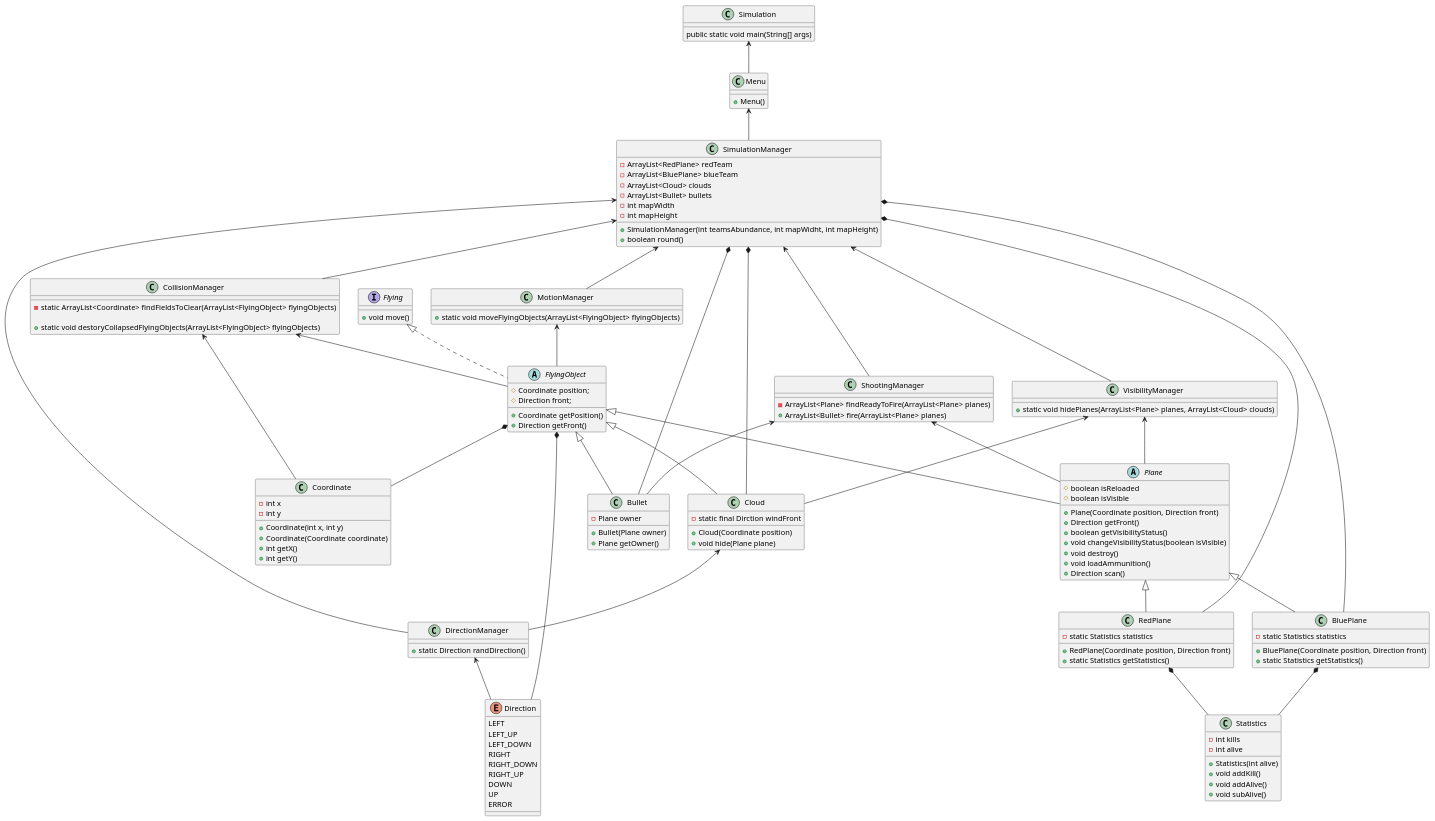
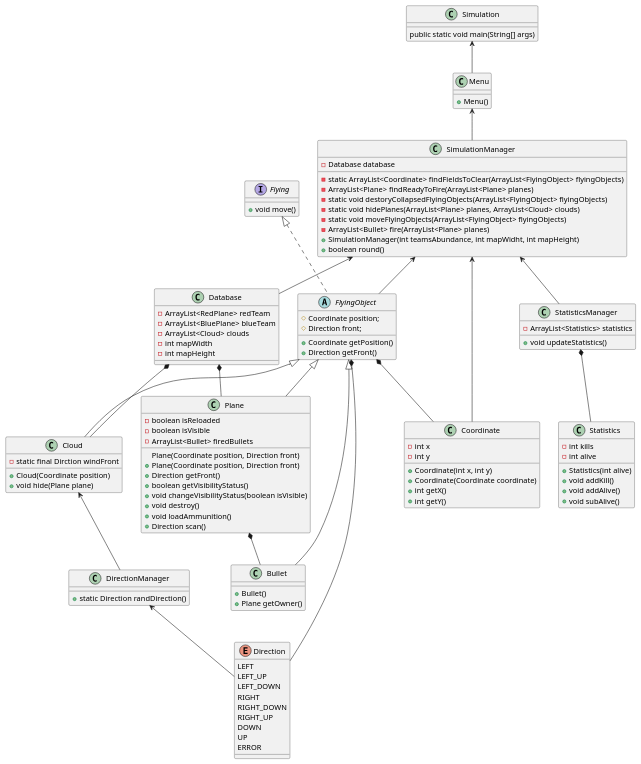
One commit to Piek4rz/Simulation changed the diagram in ClassDiagram/ClassDiagram.plantuml. Above: the diagram before and after it, drawn with PlantUML. The commit also changed 4 other files, not shown here.

Commit message:
Deleting classdiagram

```diff
--- a/ClassDiagram/ClassDiagram.plantuml
+++ b/ClassDiagram/ClassDiagram.plantuml
@@ -1,163 +1,146 @@
 @startuml Simlation Class Diagram
 class Simulation
 {
     public static void main(String[] args)
 }
-abstract Plane
+
+class Database
 {
-    # boolean isReloaded
-    # boolean isVisible
+    - ArrayList<RedPlane> redTeam
+    - ArrayList<BluePlane> blueTeam
+    - ArrayList<Cloud> clouds
+    - int mapWidth
+    - int mapHeight
+}
 
+class Plane
+{
+    - boolean isReloaded
+    - boolean isVisible
+    - ArrayList<Bullet> firedBullets
+
+    Plane(Coordinate position, Direction front)
     + Plane(Coordinate position, Direction front)
     + Direction getFront()
     + boolean getVisibilityStatus()
     + void changeVisibilityStatus(boolean isVisible)
     + void destroy()
     + void loadAmmunition()
     + Direction scan()
 }
+
 interface Flying
 {
     + void move()
 }
+
 abstract FlyingObject
 {
     # Coordinate position;
     # Direction front;
 
     + Coordinate getPosition()
     + Direction getFront()
 }
+
 class Cloud
 {
     - static final Dirction windFront
     
     + Cloud(Coordinate position)
     + void hide(Plane plane)
 }
+
 class Bullet
 {
-    - Plane owner
-    + Bullet(Plane owner)
+    + Bullet()
     + Plane getOwner()
 }
-class RedPlane
-{
-    - static Statistics statistics
 
-    + RedPlane(Coordinate position, Direction front)
-    + static Statistics getStatistics()
-}
-class BluePlane
-{
-
-    - static Statistics statistics
-
-    + BluePlane(Coordinate position, Direction front)
-    + static Statistics getStatistics()
-}
-class CollisionManager
-{
-    - static ArrayList<Coordinate> findFieldsToClear(ArrayList<FlyingObject> flyingObjects)
-
-    + static void destoryCollapsedFlyingObjects(ArrayList<FlyingObject> flyingObjects)
-
-}
 class DirectionManager
 {
     + static Direction randDirection()
 }
-class MotionManager
-{
-    + static void moveFlyingObjects(ArrayList<FlyingObject> flyingObjects)
-}
-class ShootingManager
-{
-    - ArrayList<Plane> findReadyToFire(ArrayList<Plane> planes)
-    + ArrayList<Bullet> fire(ArrayList<Plane> planes)
-}
+
 class SimulationManager
 {
-    - ArrayList<RedPlane> redTeam
-    - ArrayList<BluePlane> blueTeam
-    - ArrayList<Cloud> clouds
-    - ArrayList<Bullet> bullets
-    - int mapWidth
-    - int mapHeight
-
+    - Database database
+    - static ArrayList<Coordinate> findFieldsToClear(ArrayList<FlyingObject> flyingObjects)
+    - ArrayList<Plane> findReadyToFire(ArrayList<Plane> planes)
+    - static void destoryCollapsedFlyingObjects(ArrayList<FlyingObject> flyingObjects)
+    - static void hidePlanes(ArrayList<Plane> planes, ArrayList<Cloud> clouds)
+    - static void moveFlyingObjects(ArrayList<FlyingObject> flyingObjects)
+    - ArrayList<Bullet> fire(ArrayList<Plane> planes)
     + SimulationManager(int teamsAbundance, int mapWidht, int mapHeight)
     + boolean round()
 }
-class VisibilityManager
+
+class StatisticsManager
 {
-    + static void hidePlanes(ArrayList<Plane> planes, ArrayList<Cloud> clouds)
+    - ArrayList<Statistics> statistics
+
+    + void updateStatistics()
 }
+
 class Menu
 {
     + Menu()
 }
+
 class Coordinate
 {
     - int x
     - int y
 
     + Coordinate(int x, int y)
     + Coordinate(Coordinate coordinate)
     + int getX()
     + int getY()
 }
+
 enum Direction
 {
     LEFT
     LEFT_UP
     LEFT_DOWN
     RIGHT
     RIGHT_DOWN
     RIGHT_UP
     DOWN
     UP
     ERROR
 }
+
 class Statistics
 {
     - int kills
     - int alive
 
     + Statistics(int alive)
     + void addKill()
     + void addAlive()
     + void subAlive()
 }
 
 Flying <|.. FlyingObject
 FlyingObject <|-- Bullet
 FlyingObject <|-- Cloud
 FlyingObject <|-- Plane
-Plane <|-- RedPlane
-Plane <|-- BluePlane
-RedPlane *-- Statistics
-BluePlane *-- Statistics
-SimulationManager *-- RedPlane
-SimulationManager *-- BluePlane
-SimulationManager *-- Bullet
-SimulationManager *-- Cloud
+
+StatisticsManager *-- Statistics
 FlyingObject *-- Coordinate
 FlyingObject *-- Direction
-SimulationManager <-- DirectionManager
-SimulationManager <-- CollisionManager
-SimulationManager <-- MotionManager
-SimulationManager <-- VisibilityManager
-SimulationManager <-- ShootingManager
 Menu <-- SimulationManager
 Simulation <-- Menu
 Cloud <-- DirectionManager
-VisibilityManager <-- Plane
-VisibilityManager <-- Cloud
-CollisionManager <-- Coordinate
-CollisionManager <-- FlyingObject
-MotionManager <-- FlyingObject
-ShootingManager <-- Plane
-ShootingManager <-- Bullet
+Database *-- Plane
+Database *-- Cloud
+SimulationManager <-- Coordinate
+SimulationManager <-- Database
 DirectionManager <-- Direction
+SimulationManager <-- StatisticsManager
+SimulationManager <-- FlyingObject
+Plane *-- Bullet
+
 
 @enduml
```
